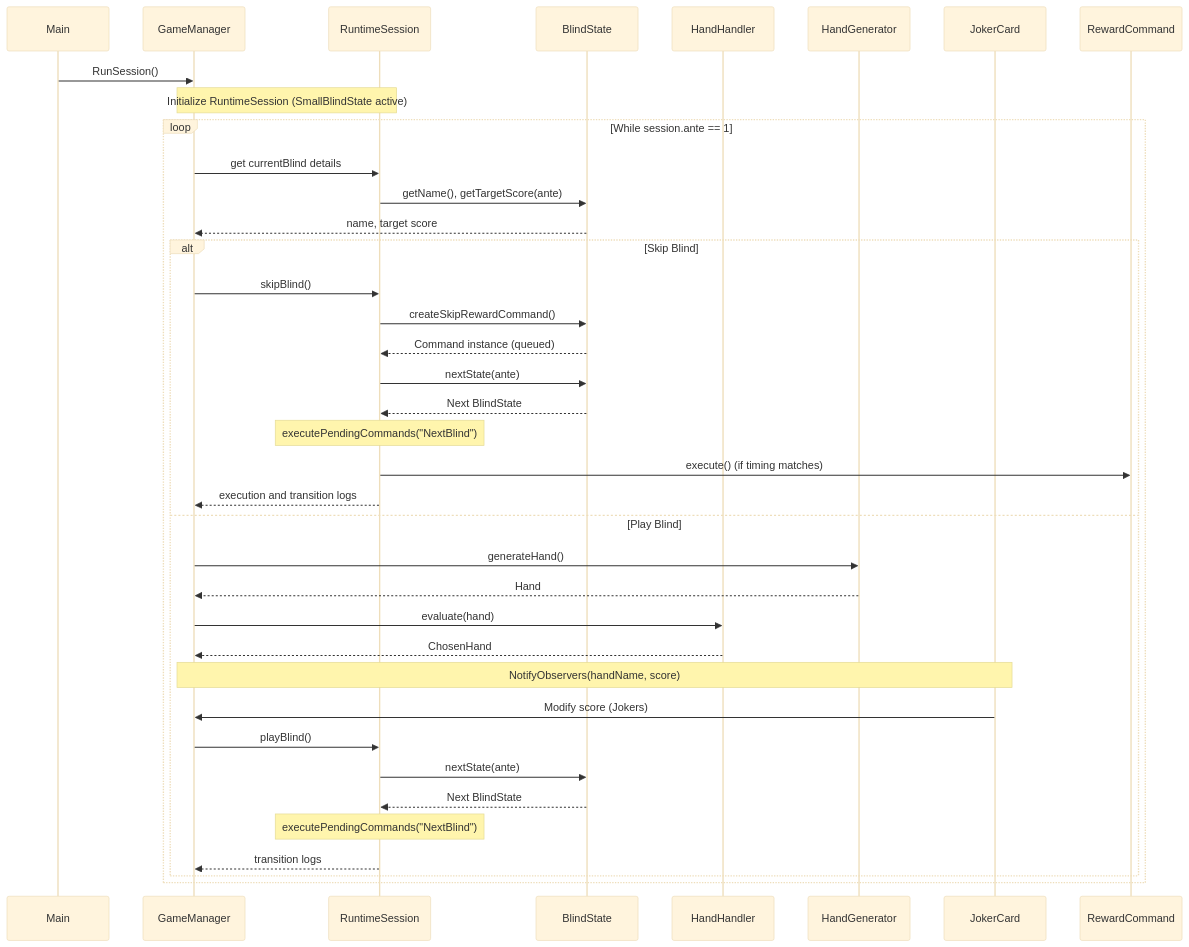
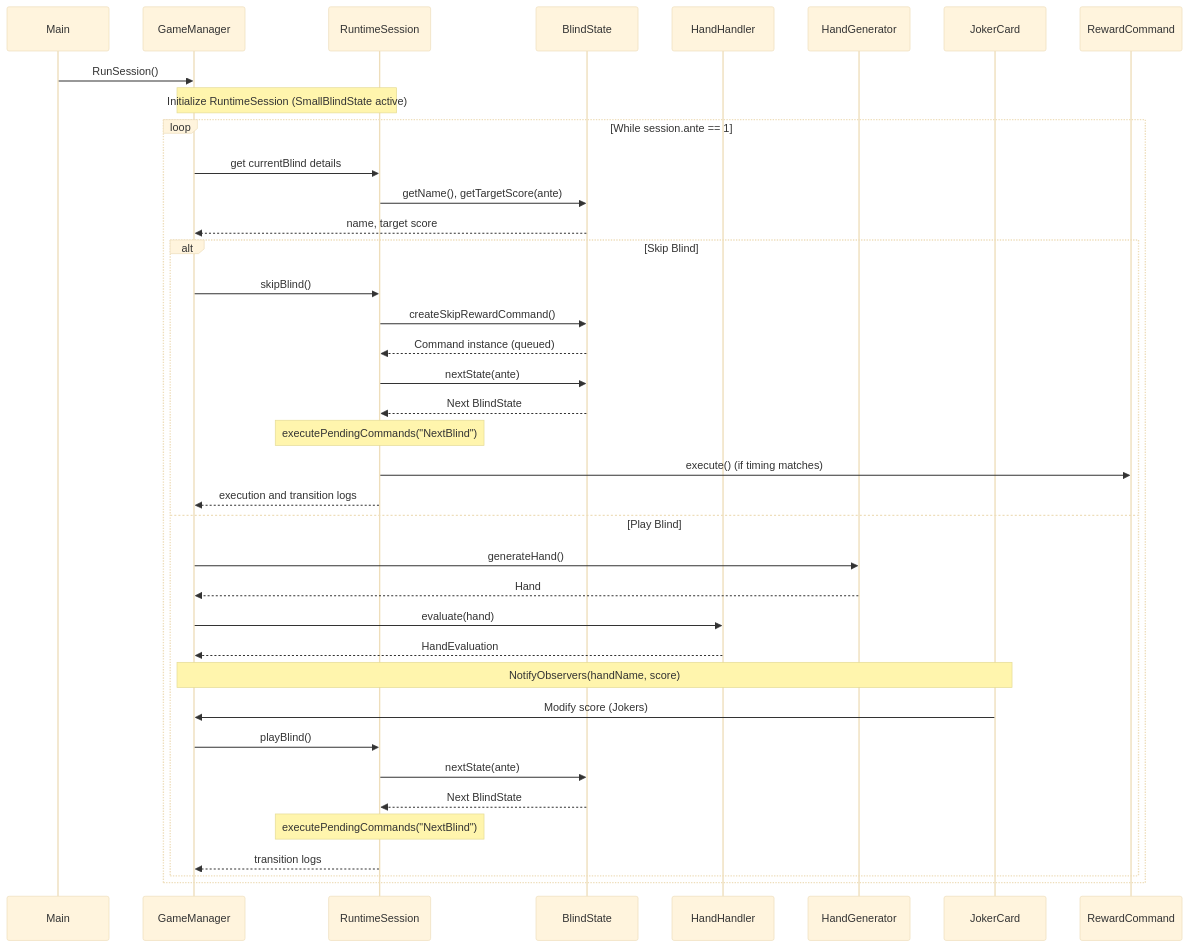
One commit to Amrhea/Kel.DesignPattern changed the diagram in docs/sequence-diagram.md. Above: the diagram before and after it, drawn with Mermaid (base theme). The commit also changed 54 other files, not shown here.

````diff
--- a/docs/sequence-diagram.md
+++ b/docs/sequence-diagram.md
@@ -8,43 +8,43 @@
 ```mermaid
 sequenceDiagram
     participant Main
     participant GM as GameManager
     participant Session as RuntimeSession
     participant Blind as BlindState
     participant HH as HandHandler
     participant HG as HandGenerator
     participant Joker as JokerCard
     participant Cmd as RewardCommand
 
     Main->>GM: RunSession()
     Note over GM,Session: Initialize RuntimeSession (SmallBlindState active)
 
     loop While session.ante == 1
         GM->>Session: get currentBlind details
         Session->>Blind: getName(), getTargetScore(ante)
         Blind-->>GM: name, target score
 
         alt Skip Blind
             GM->>Session: skipBlind()
             Session->>Blind: createSkipRewardCommand()
             Blind-->>Session: Command instance (queued)
             Session->>Blind: nextState(ante)
             Blind-->>Session: Next BlindState
             Note over Session: executePendingCommands("NextBlind")
             Session->>Cmd: execute() (if timing matches)
             Session-->>GM: execution and transition logs
         else Play Blind
             GM->>HG: generateHand()
             HG-->>GM: Hand
             GM->>HH: evaluate(hand)
-            HH-->>GM: ChosenHand
+            HH-->>GM: HandEvaluation
             Note over GM,Joker: NotifyObservers(handName, score)
             Joker->>GM: Modify score (Jokers)
             GM->>Session: playBlind()
             Session->>Blind: nextState(ante)
             Blind-->>Session: Next BlindState
             Note over Session: executePendingCommands("NextBlind")
             Session-->>GM: transition logs
         end
     end
 ```
````
